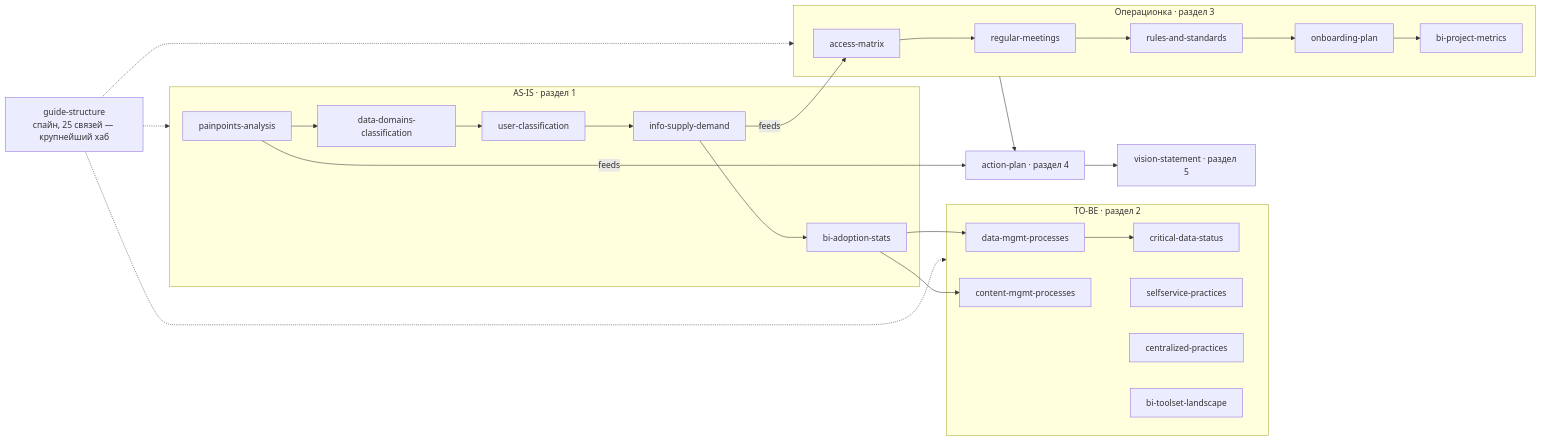
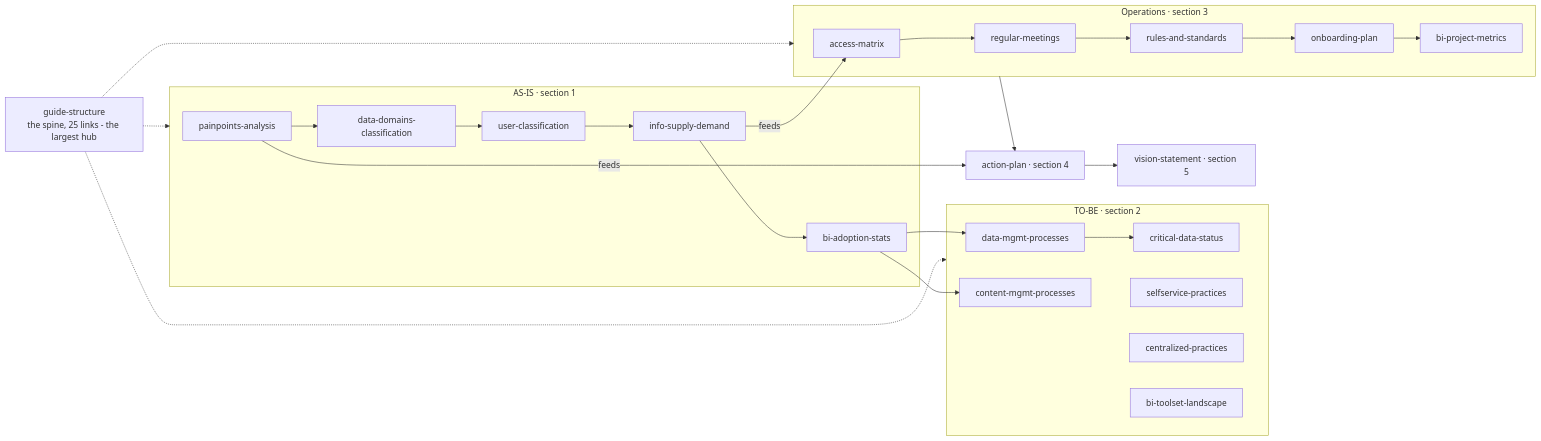
Before and after one commit to alexbarakov/BI-strategy-self-consulting-agent: the fourth of 10 diagrams in references/kb/30-graph.md, drawn with Mermaid. The commit also changed other lines of this file, not shown here.

Commit message:
Translate the visual theme graph (batch 3, part 2)

````diff
--- a/references/kb/30-graph.md
+++ b/references/kb/30-graph.md
@@ -108,24 +108,24 @@
 ```mermaid
 flowchart LR
-  subgraph asis["AS-IS · раздел 1"]
+  subgraph asis["AS-IS · section 1"]
     P["painpoints-analysis"] --> DD["data-domains-classification"] --> UC["user-classification"] --> ISD["info-supply-demand"] --> ADO["bi-adoption-stats"]
   end
-  subgraph tobe["TO-BE · раздел 2"]
+  subgraph tobe["TO-BE · section 2"]
     DMP["data-mgmt-processes"] --> CDS["critical-data-status"]
     CMP["content-mgmt-processes"]
     SSP["selfservice-practices"]
     CP["centralized-practices"]
     TL["bi-toolset-landscape"]
   end
-  subgraph ops["Операционка · раздел 3"]
+  subgraph ops["Operations · section 3"]
     AM["access-matrix"] --> RM["regular-meetings"] --> RS["rules-and-standards"] --> ON["onboarding-plan"] --> MET["bi-project-metrics"]
   end
   ADO --> DMP
   ADO --> CMP
   ISD -->|feeds| AM
-  ops --> AP["action-plan · раздел 4"] --> VIS["vision-statement · раздел 5"]
+  ops --> AP["action-plan · section 4"] --> VIS["vision-statement · section 5"]
   P -->|feeds| AP
-  GS["guide-structure<br/>спайн, 25 связей — крупнейший хаб"] -.-> asis
+  GS["guide-structure<br/>the spine, 25 links - the largest hub"] -.-> asis
   GS -.-> tobe
   GS -.-> ops
 ```
````
